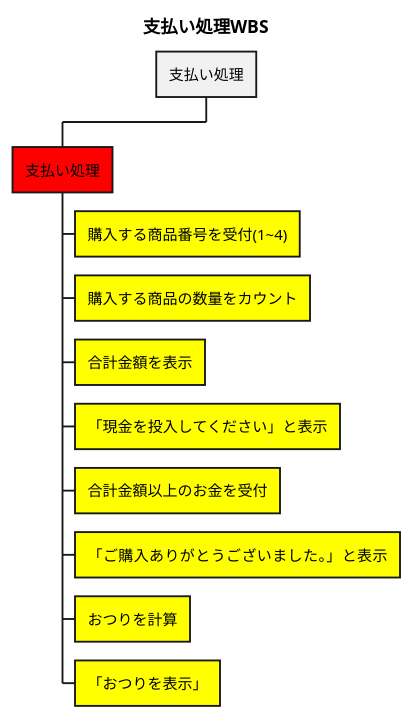
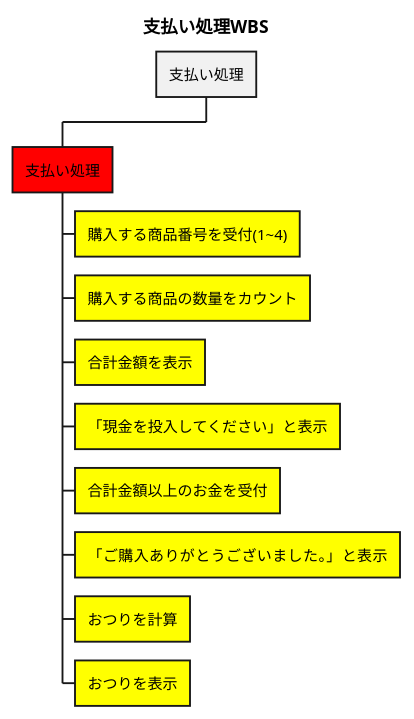
The diagram in WBS/支払い処理WBS.pu (maca-11/CUI_vending_machie), drawn with PlantUML before and after one commit.

```diff
--- a/WBS/支払い処理WBS.pu
+++ b/WBS/支払い処理WBS.pu
@@ -1,14 +1,14 @@
 @startwbs 支払い処理WBS
 title 支払い処理WBS
 
 + 支払い処理
 **[#Red]  支払い処理
 ***[#Yellow] 購入する商品番号を受付(1~4)
 ***[#Yellow] 購入する商品の数量をカウント
 ***[#Yellow] 合計金額を表示
 ***[#Yellow] 「現金を投入してください」と表示
 ***[#Yellow] 合計金額以上のお金を受付
 ***[#Yellow] 「ご購入ありがとうございました。」と表示
 ***[#Yellow] おつりを計算
-***[#Yellow] 「おつりを表示」
+***[#Yellow] おつりを表示
 @endwbs
```
